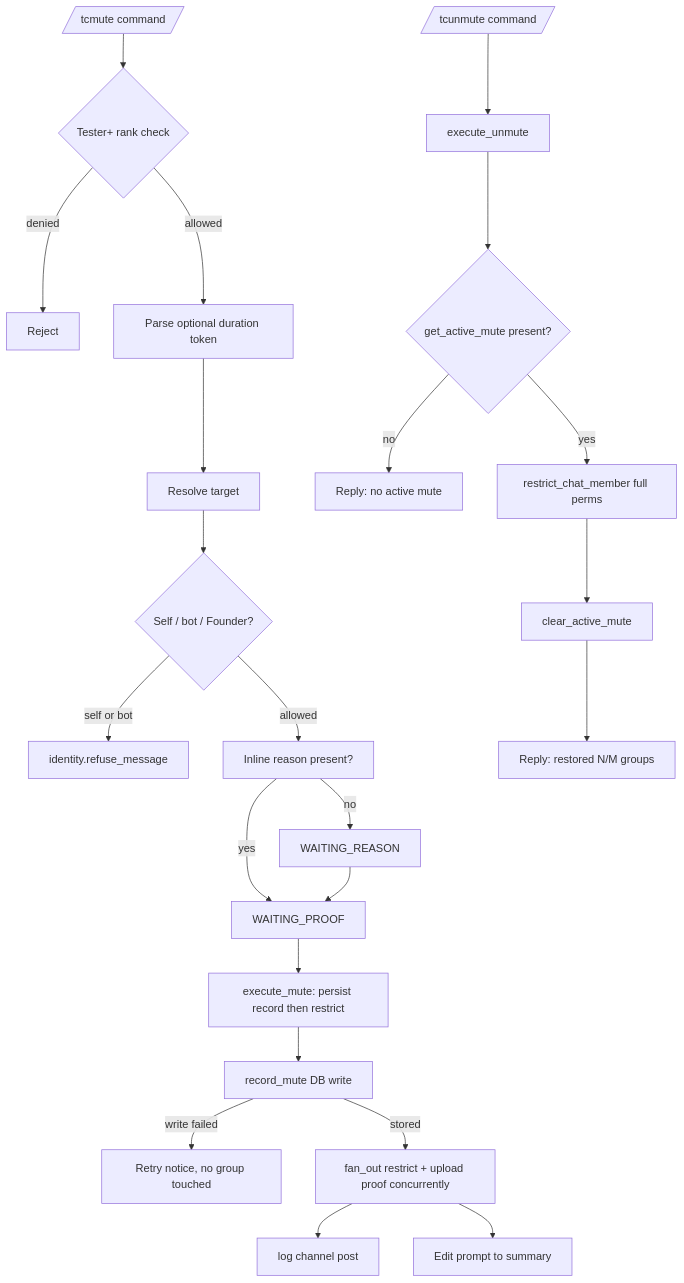
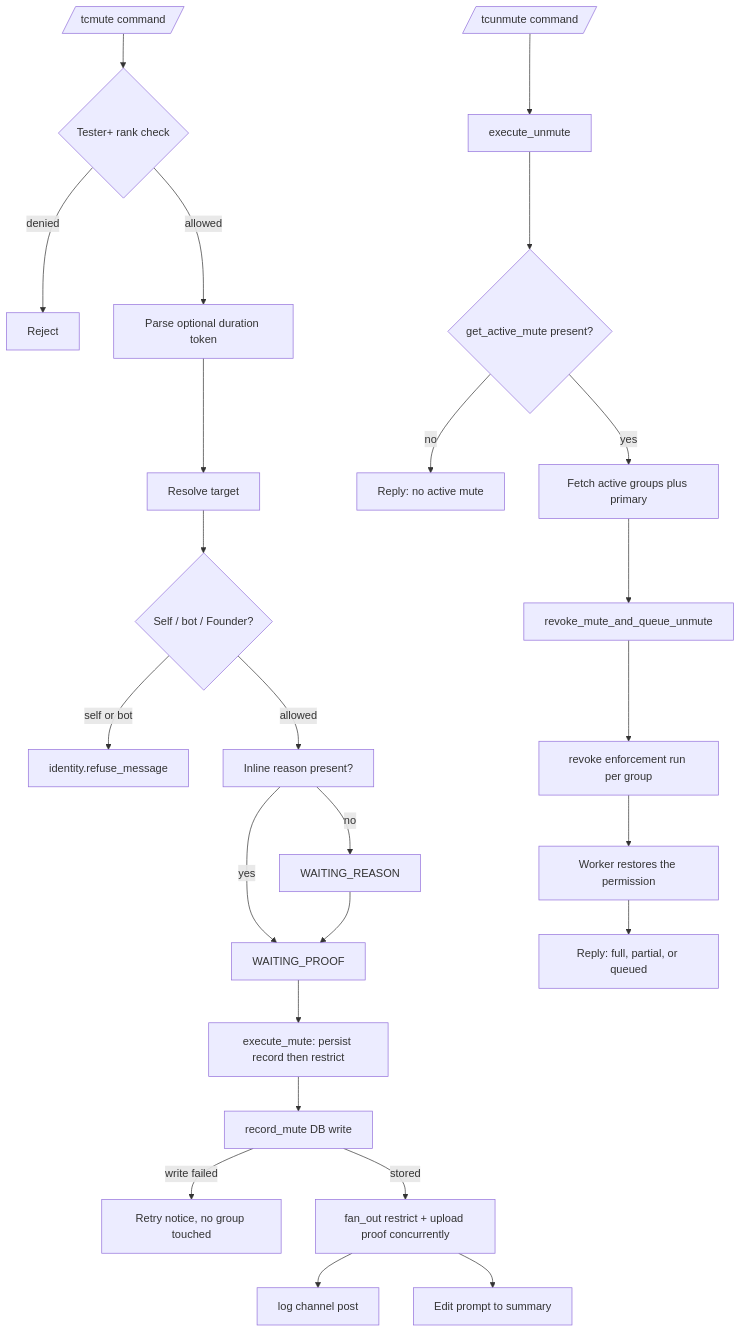
Before and after one commit to D1ZZY4/tcbot: the diagram in docs/features/moderation/muting.md, drawn with Mermaid. The commit also changed other lines of this file and 11 other files, not shown here.

First line of the commit message:
feat(mutes): queue the unmute restore with the revocation

````diff
--- a/docs/features/moderation/muting.md
+++ b/docs/features/moderation/muting.md
@@ -11,25 +11,27 @@
 ```mermaid
 flowchart TD
     Cmd[/tcmute command/] --> Perm{Tester+ rank check}
     Perm -->|denied| End1[Reject]
     Perm -->|allowed| Duration[Parse optional duration token]
     Duration --> Target[Resolve target]
     Target --> Ident{Self / bot / Founder?}
     Ident -->|self or bot| Refuse[identity.refuse_message]
     Ident -->|allowed| ReasonStep[Inline reason present?]
     ReasonStep -->|yes| ProofStep[WAITING_PROOF]
     ReasonStep -->|no| ReasonPrompt[WAITING_REASON]
     ReasonPrompt --> ProofStep
     ProofStep --> Exec[execute_mute: persist record then restrict]
     Exec --> Store[record_mute DB write]
     Store -->|write failed| AbortM[Retry notice, no group touched]
     Store -->|stored| FanOut[fan_out restrict + upload proof concurrently]
     FanOut --> Log[log channel post]
     FanOut --> Reply[Edit prompt to summary]
     Unmute[/tcunmute command/] --> ExecU[execute_unmute]
     ExecU --> Guard{get_active_mute present?}
     Guard -->|no| NoMute[Reply: no active mute]
-    Guard -->|yes| Restore[restrict_chat_member full perms]
-    Restore --> Clear[clear_active_mute]
-    Clear --> ReplyU[Reply: restored N/M groups]
+    Guard -->|yes| Fetch[Fetch active groups plus primary]
+    Fetch --> Decide[revoke_mute_and_queue_unmute]
+    Decide --> Run[revoke enforcement run per group]
+    Run --> Deliver[Worker restores the permission]
+    Deliver --> Report[Reply: full, partial, or queued]
 ```
````
